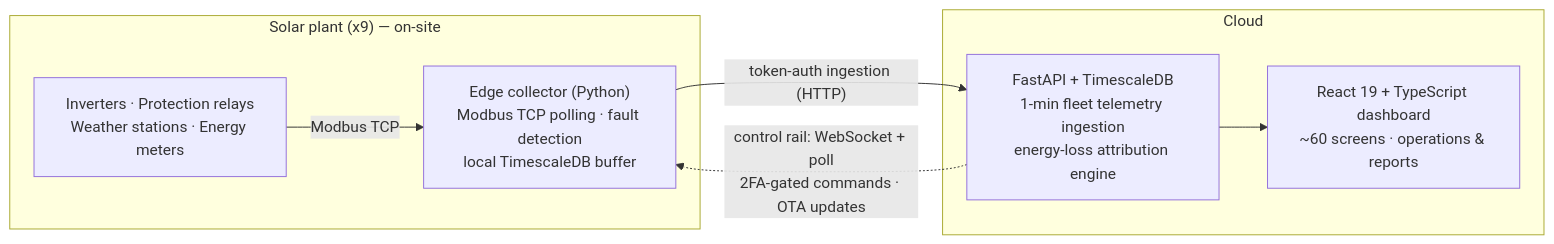
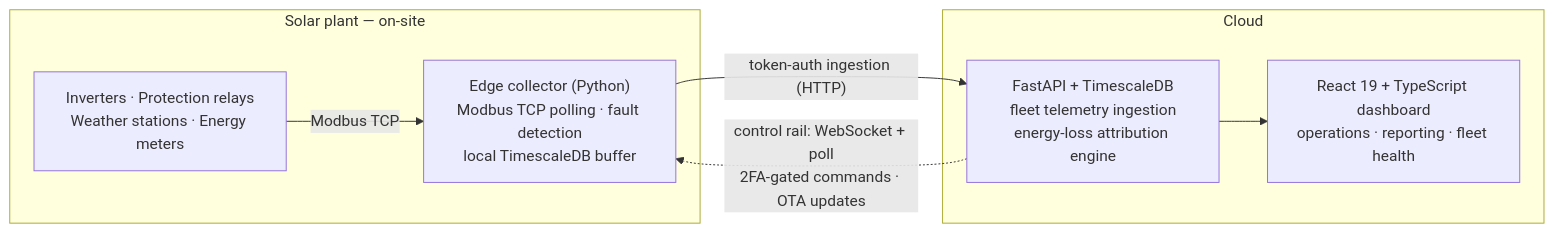
Before and after one commit to gabrielmendesb/gabrielmendesb: the diagram in README.md, drawn with Mermaid. The commit also changed other lines of this file, not shown here.

````diff
--- a/README.md
+++ b/README.md
@@ -16,17 +15,17 @@
 ```mermaid
 flowchart LR
-    subgraph PLANT["Solar plant (x9) — on-site"]
-        HW["Inverters · Protection relays\nWeather stations · Energy meters"]
-        COLL["Edge collector (Python)\nModbus TCP polling · fault detection\nlocal TimescaleDB buffer"]
+    subgraph PLANT["Solar plant — on-site"]
+        HW["Inverters · Protection relays<br/>Weather stations · Energy meters"]
+        COLL["Edge collector (Python)<br/>Modbus TCP polling · fault detection<br/>local TimescaleDB buffer"]
         HW -- "Modbus TCP" --> COLL
     end
 
     subgraph CLOUD["Cloud"]
-        API["FastAPI + TimescaleDB\n1-min fleet telemetry ingestion\nenergy-loss attribution engine"]
-        FE["React 19 + TypeScript dashboard\n~60 screens · operations & reports"]
+        API["FastAPI + TimescaleDB<br/>fleet telemetry ingestion<br/>energy-loss attribution engine"]
+        FE["React 19 + TypeScript dashboard<br/>operations · reporting · fleet health"]
         API --> FE
     end
 
     COLL -- "token-auth ingestion (HTTP)" --> API
-    API -. "control rail: WebSocket + poll\n2FA-gated commands · OTA updates" .-> COLL
+    API -. "control rail: WebSocket + poll<br/>2FA-gated commands · OTA updates" .-> COLL
 ```
````
